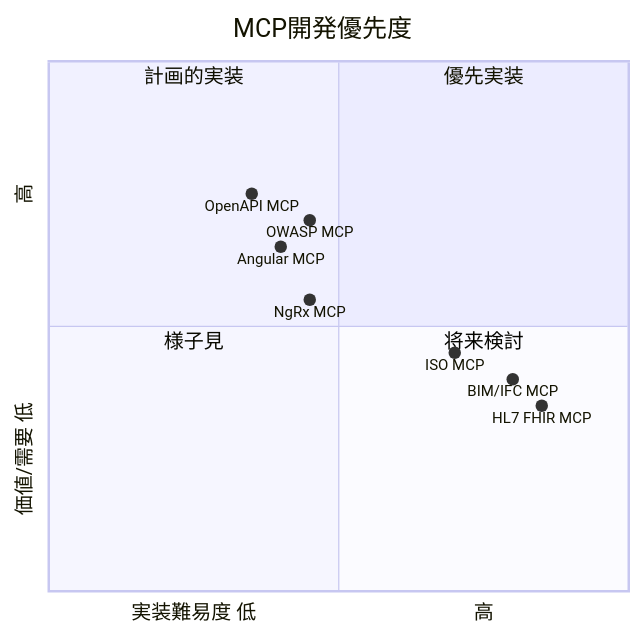
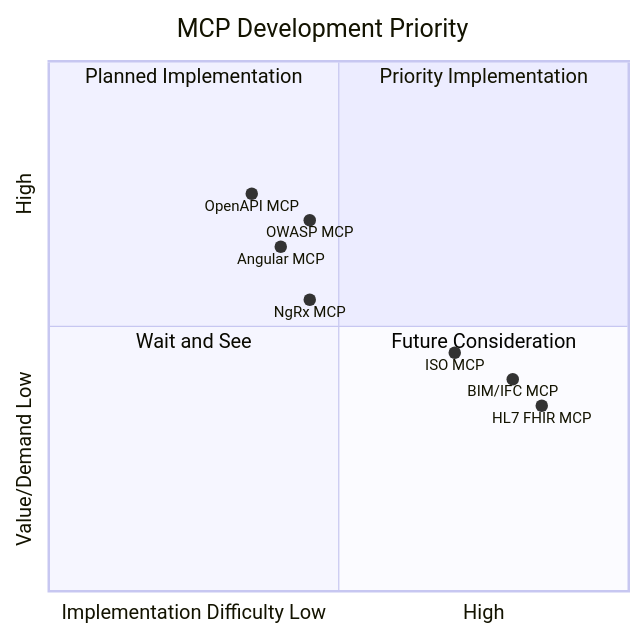
The second of 4 diagrams in docs/roadmap.md (shuji-bonji/ai-agent-architecture), drawn with Mermaid before and after one commit. The commit also changed other lines of this file and 42 other files, not shown here.

````diff
--- a/docs/roadmap.md
+++ b/docs/roadmap.md
@@ -41,18 +43,18 @@
 ```mermaid
 quadrantChart
-    title MCP開発優先度
-    x-axis "実装難易度 低" --> "高"
-    y-axis "価値/需要 低" --> "高"
-    quadrant-1 "優先実装"
-    quadrant-2 "計画的実装"
-    quadrant-3 "様子見"
-    quadrant-4 "将来検討"
+    title MCP Development Priority
+    x-axis "Implementation Difficulty Low" --> "High"
+    y-axis "Value/Demand Low" --> "High"
+    quadrant-1 "Priority Implementation"
+    quadrant-2 "Planned Implementation"
+    quadrant-3 "Wait and See"
+    quadrant-4 "Future Consideration"
 
     "OpenAPI MCP": [0.35, 0.75]
     "OWASP MCP": [0.45, 0.70]
     "Angular MCP": [0.40, 0.65]
     "NgRx MCP": [0.45, 0.55]
     "ISO MCP": [0.70, 0.45]
     "BIM/IFC MCP": [0.80, 0.40]
     "HL7 FHIR MCP": [0.85, 0.35]
 ```
````
